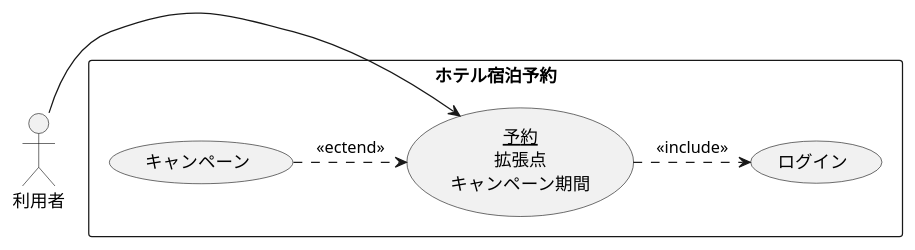
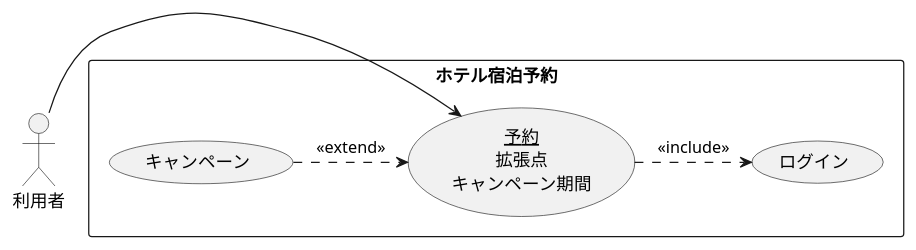
One commit to useruser0123/uml-introduction changed the diagram in 演習2-4_キャンペーン中のホテル宿泊予約.pu. Above: the diagram before and after it, drawn with PlantUML.

Commit message:
演習2-4　修正

```diff
--- a/演習2-4_キャンペーン中のホテル宿泊予約.pu
+++ b/演習2-4_キャンペーン中のホテル宿泊予約.pu
@@ -1,11 +1,11 @@
 @startuml キャンペーン中のホテル宿泊予約
 actor 利用者
 rectangle ホテル宿泊予約 {
 usecase ログイン
 usecase (<u>予約</u>\n拡張点\nキャンペーン期間) as input
 usecase キャンペーン
 }
 利用者 -right-> input
 input .> (ログイン) : <<include>>
-キャンペーン .> input : <<ectend>>
+キャンペーン .> input : <<extend>>
 @enduml
```
